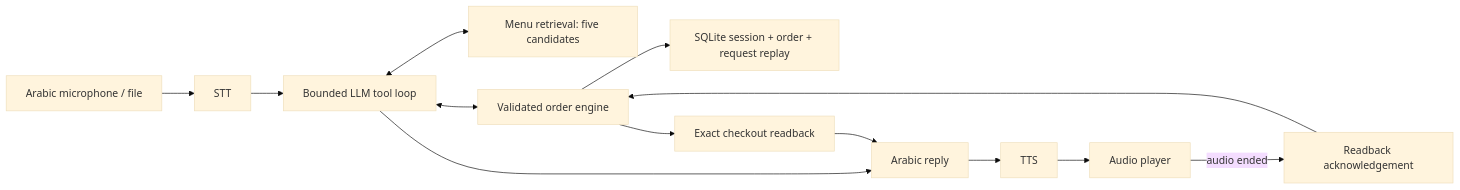
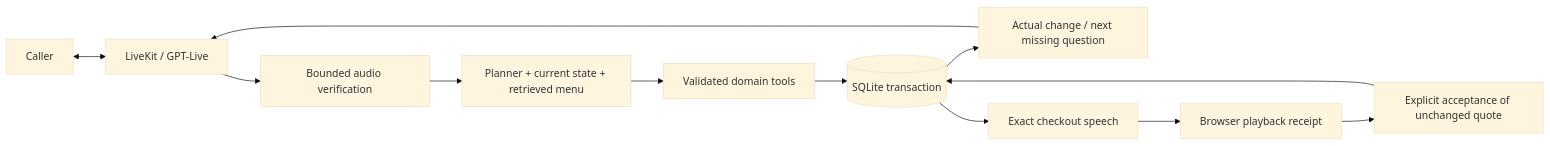
Before and after one commit to clechz/sawt_demo: the diagram in DESIGN.md, drawn with Mermaid (base theme). The commit also changed other lines of this file and 110 other files, not shown here.

````diff
--- a/DESIGN.md
+++ b/DESIGN.md
@@ -7,15 +11,14 @@
 ```mermaid
 flowchart LR
-  A[Arabic microphone / file] --> B[STT]
-  B --> C[Bounded LLM tool loop]
-  C <--> D[Menu retrieval: five candidates]
-  C <--> E[Validated order engine]
-  E --> F[SQLite session + order + request replay]
-  C --> G[Arabic reply]
-  E --> H[Exact checkout readback]
-  H --> G
-  G --> I[TTS]
-  I --> J[Audio player]
-  J -->|audio ended| K[Readback acknowledgement]
-  K --> E
+  C[Caller] <--> M[LiveKit / GPT-Live]
+  M --> V[Bounded audio verification]
+  V --> P[Planner + current state + retrieved menu]
+  P --> D[Validated domain tools]
+  D --> T[(SQLite transaction)]
+  T --> R[Actual change / next missing question]
+  R --> M
+  T --> Q[Exact checkout speech]
+  Q --> B[Browser playback receipt]
+  B --> A[Explicit acceptance of unchanged quote]
+  A --> T
 ```
````
